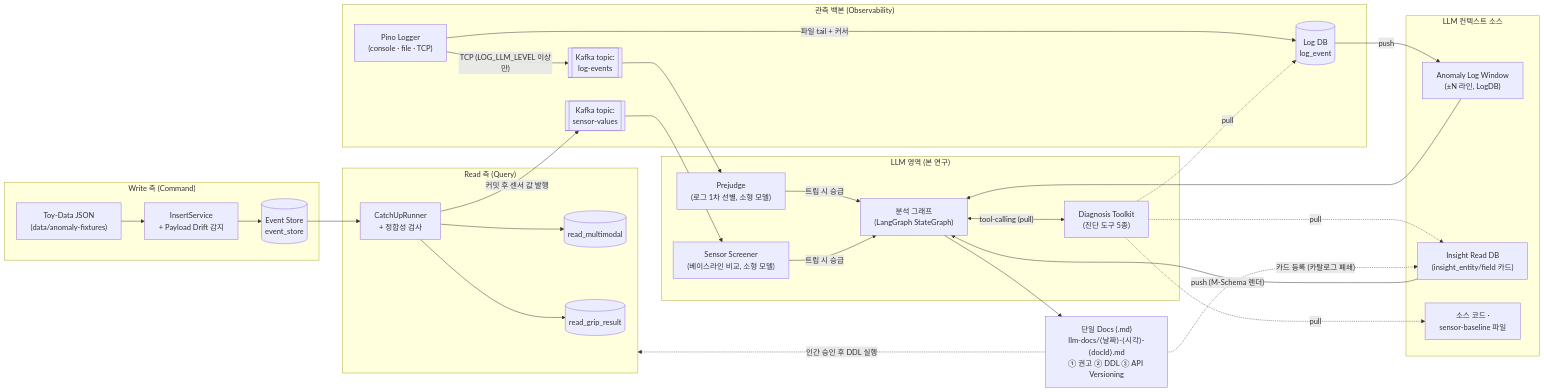
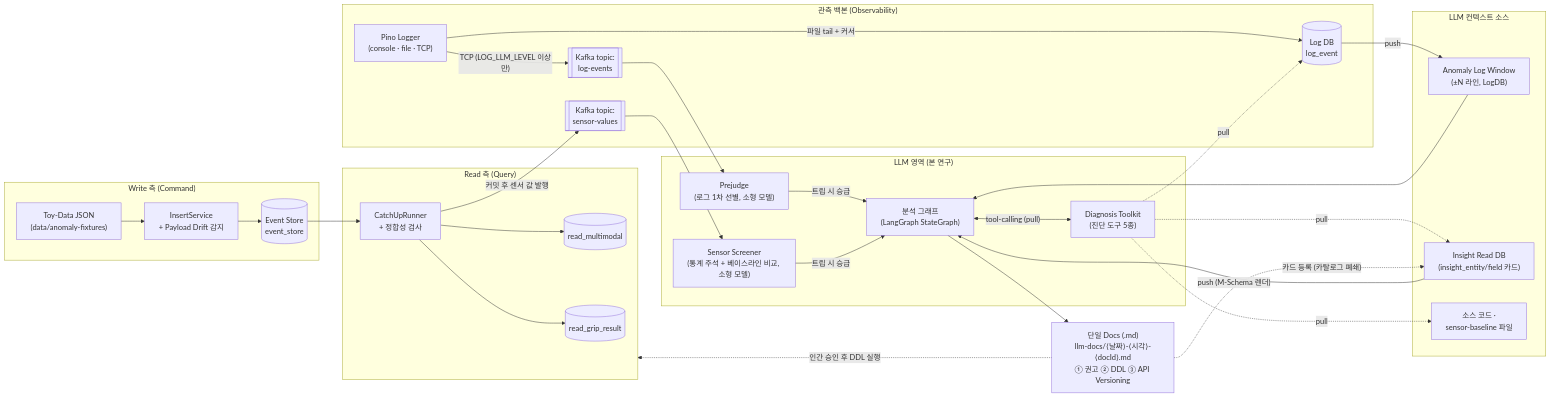
The first of 10 diagrams in docs/architecture/self-adaptive-cqrs-아키텍처.md (MoonDongmin/self-adaptive-cqrs), drawn with Mermaid before and after one commit. The commit also changed other lines of this file and 31 other files, not shown here.

````diff
--- a/docs/architecture/self-adaptive-cqrs-아키텍처.md
+++ b/docs/architecture/self-adaptive-cqrs-아키텍처.md
@@ -64,56 +64,56 @@
 ```mermaid
 flowchart LR
   subgraph WRITE["Write 측 (Command)"]
     TOY["Toy-Data JSON<br/>(data/anomaly-fixtures)"]
     INS["InsertService<br/>+ Payload Drift 감지"]
     ES[("Event Store<br/>event_store")]
     TOY --> INS --> ES
   end
 
   subgraph READ["Read 측 (Query)"]
     RUN["CatchUpRunner<br/>+ 정합성 검사"]
     RM1[("read_multimodal")]
     RM2[("read_grip_result")]
     ES --> RUN
     RUN --> RM1
     RUN --> RM2
   end
 
   subgraph OBS["관측 백본 (Observability)"]
     PINO["Pino Logger<br/>(console · file · TCP)"]
     KAFKA1[["Kafka topic:<br/>log-events"]]
     KAFKA2[["Kafka topic:<br/>sensor-values"]]
     LOGDB[("Log DB<br/>log_event")]
     PINO -->|"TCP (LOG_LLM_LEVEL 이상만)"| KAFKA1
     PINO -->|"파일 tail + 커서"| LOGDB
     RUN -->|"커밋 후 센서 값 발행"| KAFKA2
   end
 
   subgraph LLMZONE["LLM 영역 (본 연구)"]
     PRE["Prejudge<br/>(로그 1차 선별, 소형 모델)"]
-    SOBS["Sensor Screener<br/>(베이스라인 비교, 소형 모델)"]
+    SOBS["Sensor Screener<br/>(통계 주석 + 베이스라인 비교, 소형 모델)"]
     GRAPH["분석 그래프<br/>(LangGraph StateGraph)"]
     TOOLS["Diagnosis Toolkit<br/>(진단 도구 5종)"]
     KAFKA1 --> PRE
     KAFKA2 --> SOBS
     PRE -->|"트립 시 승급"| GRAPH
     SOBS -->|"트립 시 승급"| GRAPH
     GRAPH <-->|"tool-calling (pull)"| TOOLS
   end
 
   subgraph CTX["LLM 컨텍스트 소스"]
     WIN["Anomaly Log Window<br/>(±N 라인, LogDB)"]
     CARDS["Insight Read DB<br/>(insight_entity/field 카드)"]
     SRC["소스 코드 ·<br/>sensor-baseline 파일"]
   end
   LOGDB -->|"push"| WIN --> GRAPH
   CARDS -->|"push (M-Schema 렌더)"| GRAPH
   TOOLS -.->|"pull"| LOGDB
   TOOLS -.->|"pull"| CARDS
   TOOLS -.->|"pull"| SRC
 
   DOCS["단일 Docs (.md)<br/>llm-docs/⟨날짜⟩-⟨시각⟩-⟨docId⟩.md<br/>① 권고 ② DDL ③ API Versioning"]
   GRAPH --> DOCS
   DOCS -.->|"인간 승인 후 DDL 실행"| READ
   DOCS -.->|"카드 등록 (카탈로그 폐쇄)"| CARDS
 ```
````
